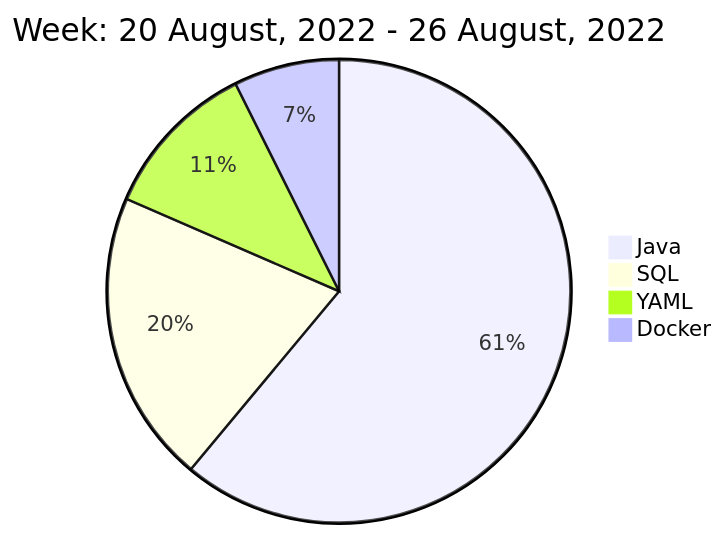
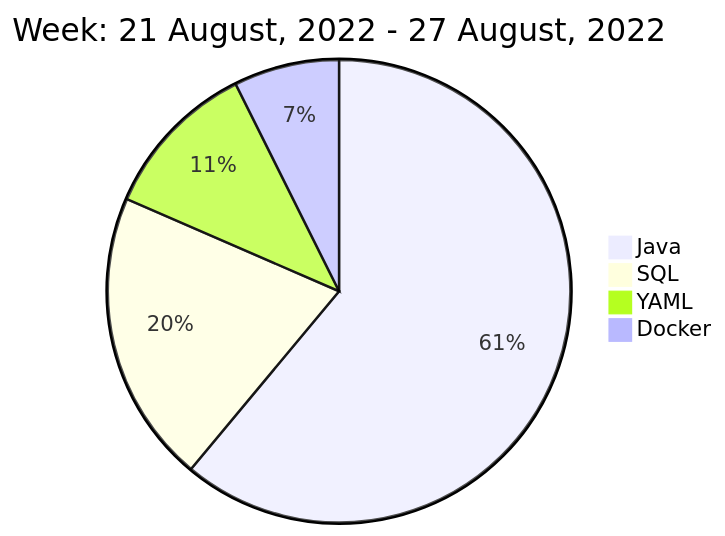
Before and after one commit to liubin95/liubin95: the diagram in README.md, drawn with Mermaid.

Commit message:
Updated the Graph with new Metrics

````diff
--- a/README.md
+++ b/README.md
@@ -40,8 +40,8 @@
 ```mermaid
  pie
-title Week: 20 August, 2022 - 26 August, 2022
+title Week: 21 August, 2022 - 27 August, 2022
  "Java" : 5.22
  "SQL" : 1.75
  "YAML" : 0.95
  "Docker" : 0.63
 ```
````
